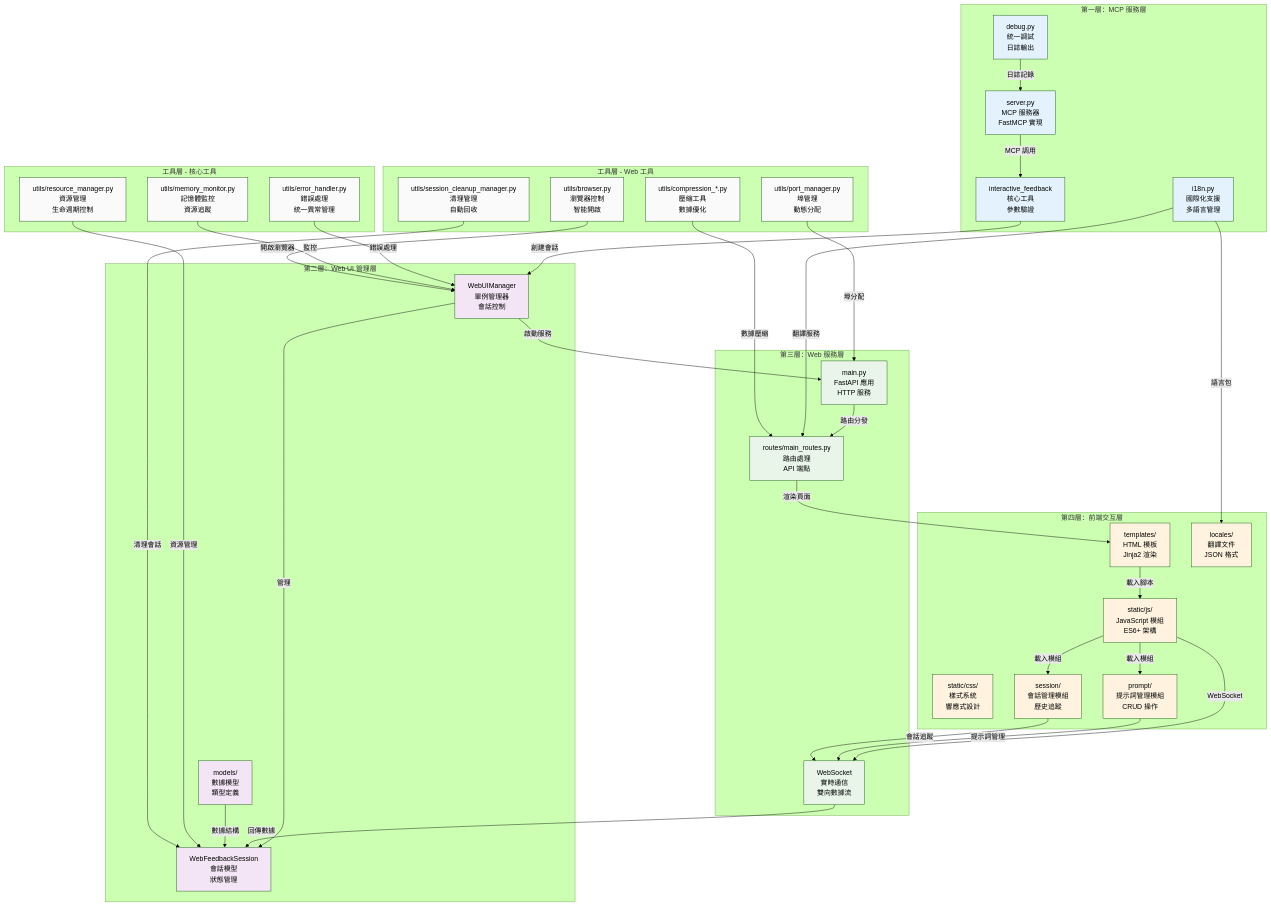
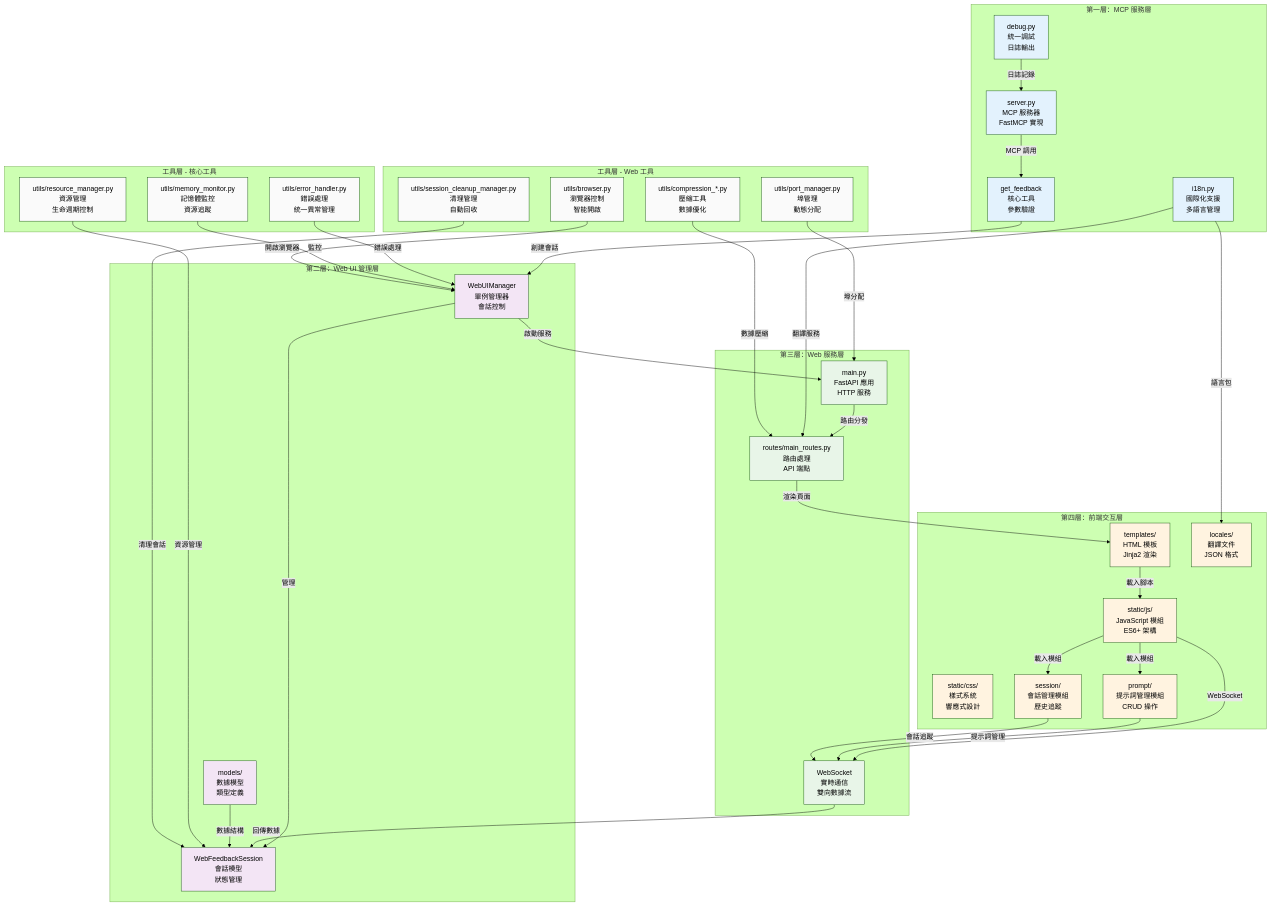
The first of 12 diagrams in docs/architecture/component-details.md (LeonBuild/mcp-feedback-enhanced-pro), drawn with Mermaid (forest theme) before and after one commit. The commit also changed other lines of this file and 26 other files, not shown here.

Commit message:
rename to `get_feedback`

```diff
--- a/docs/architecture/component-details.md
+++ b/docs/architecture/component-details.md
@@ -18,7 +18,7 @@
 graph TB
     subgraph "第一層：MCP 服務層"
         SERVER[server.py<br/>MCP 服務器<br/>FastMCP 實現]
-        TOOL[interactive_feedback<br/>核心工具<br/>參數驗證]
+        TOOL[get_feedback<br/>核心工具<br/>參數驗證]
         I18N[i18n.py<br/>國際化支援<br/>多語言管理]
         DEBUG[debug.py<br/>統一調試<br/>日誌輸出]
     end
```
